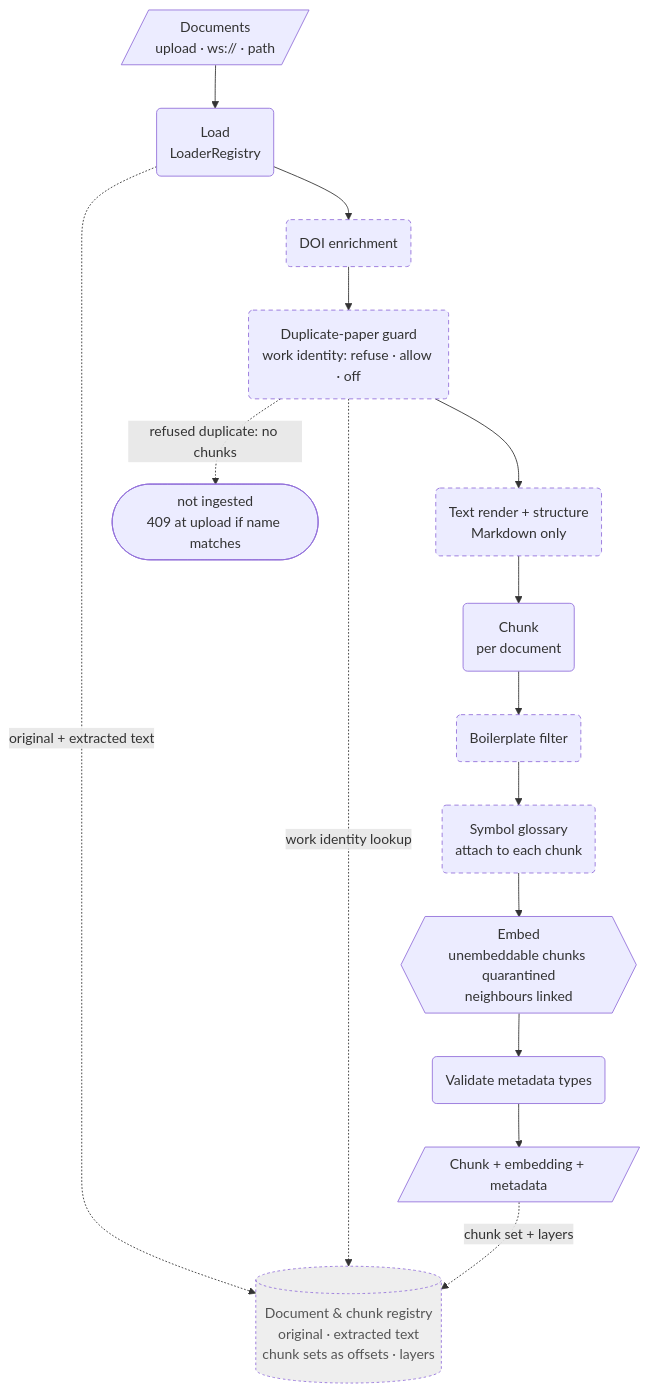
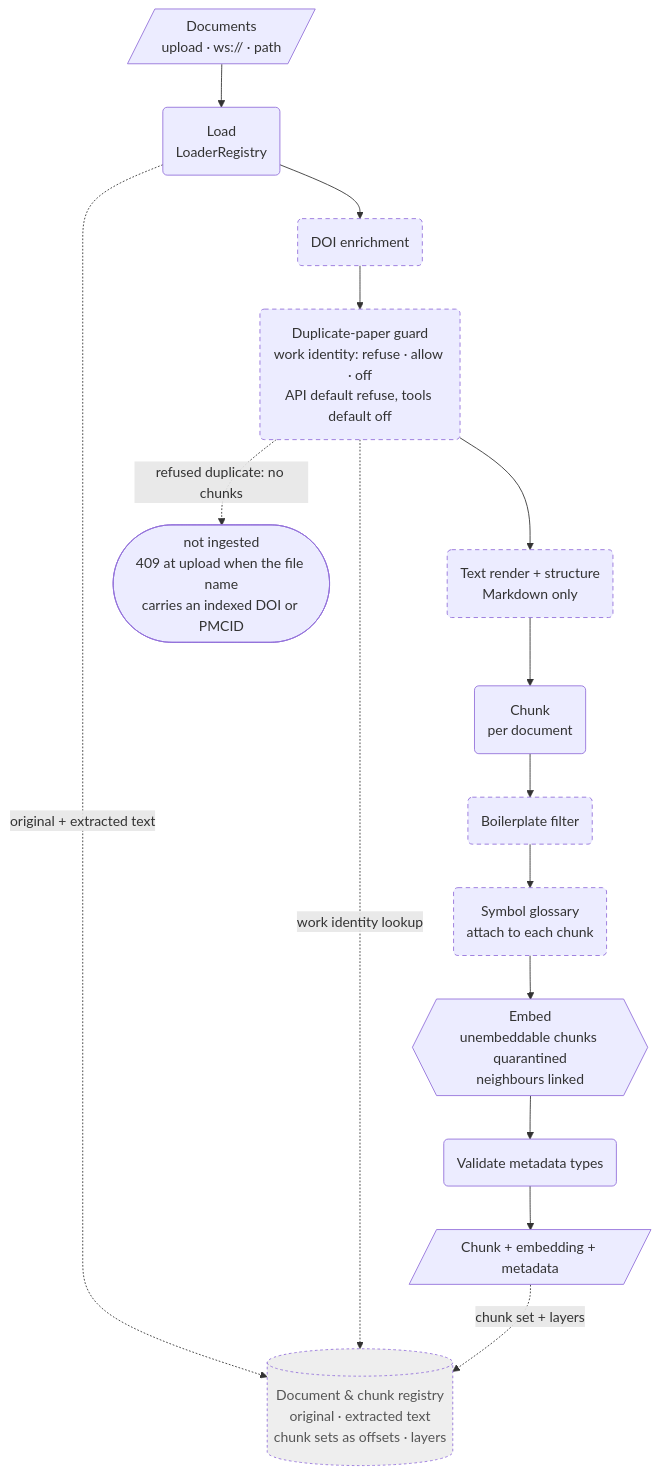
One commit to wilke/ragstack changed the first of 3 diagrams in docs/diagrams/system-components.md. Above: the diagram before and after it, drawn with Mermaid. The commit also changed other lines of this file and 2 other files, not shown here.

First line of the commit message:
docs: PR #964 review fixes (strategy name, ADR-0012 keys and offsets, archive readers)

````diff
--- a/docs/diagrams/system-components.md
+++ b/docs/diagrams/system-components.md
@@ -18,28 +19,28 @@
 ```mermaid
 flowchart TB
   DOCS[/"Documents<br/>upload · ws:// · path"/]
   LOAD("Load<br/>LoaderRegistry")
   DOI("DOI enrichment")
-  DUP("Duplicate-paper guard<br/>work identity: refuse · allow · off")
+  DUP("Duplicate-paper guard<br/>work identity: refuse · allow · off<br/>API default refuse, tools default off")
   RENDER("Text render + structure<br/>Markdown only")
   CHUNK("Chunk<br/>per document")
   BP("Boilerplate filter")
   GLOSS("Symbol glossary<br/>attach to each chunk")
   EMB{{"Embed<br/>unembeddable chunks quarantined<br/>neighbours linked"}}
   CHK("Validate metadata types")
   OUT[/"Chunk + embedding + metadata"/]
 
   DOCS --> LOAD --> DOI --> DUP --> RENDER --> CHUNK --> BP --> GLOSS --> EMB --> CHK --> OUT
 
-  DUP -. "refused duplicate: no chunks" .-> STOP(["not ingested<br/>409 at upload if name matches"])
+  DUP -. "refused duplicate: no chunks" .-> STOP(["not ingested<br/>409 at upload when the file name<br/>carries an indexed DOI or PMCID"])
 
   REG[("Document &amp; chunk registry<br/>original · extracted text<br/>chunk sets as offsets · layers")]
   LOAD -. "original + extracted text" .-> REG
   DUP -. "work identity lookup" .-> REG
   OUT -. "chunk set + layers" .-> REG
 
   classDef opt stroke-dasharray: 5 4;
   classDef planned stroke-dasharray: 3 3,fill:#eeeeee,color:#555555;
   class DOI,DUP,RENDER,BP,GLOSS opt;
   class REG planned;
 ```
````
